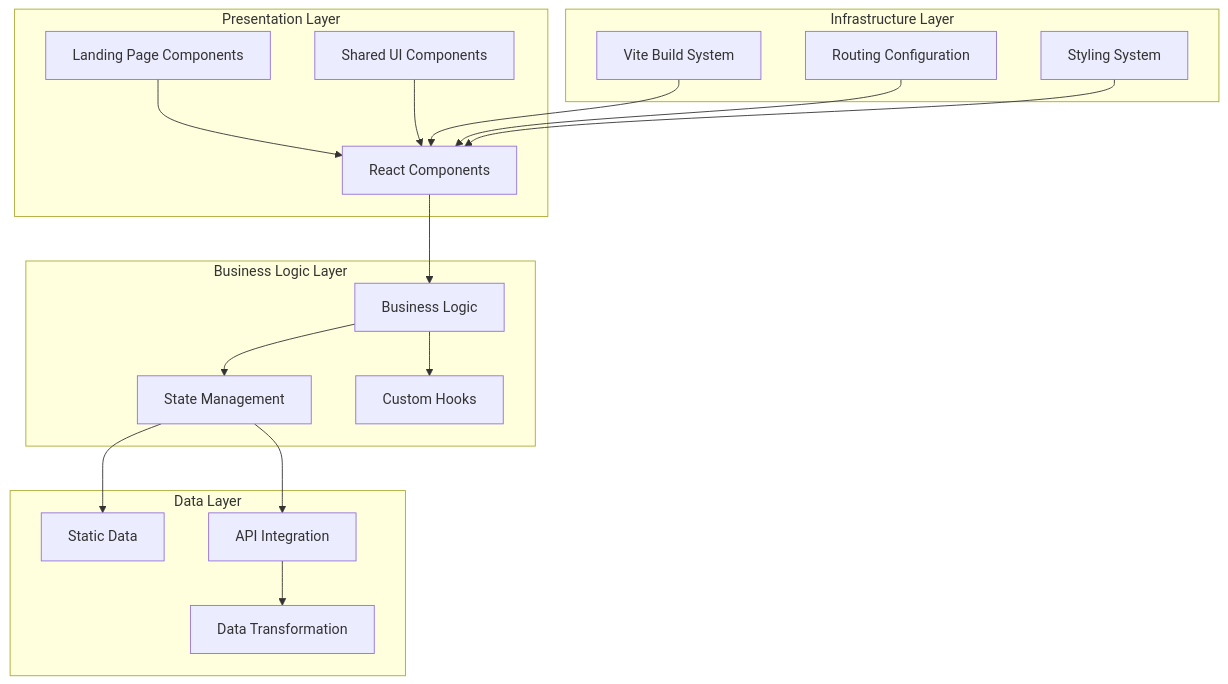
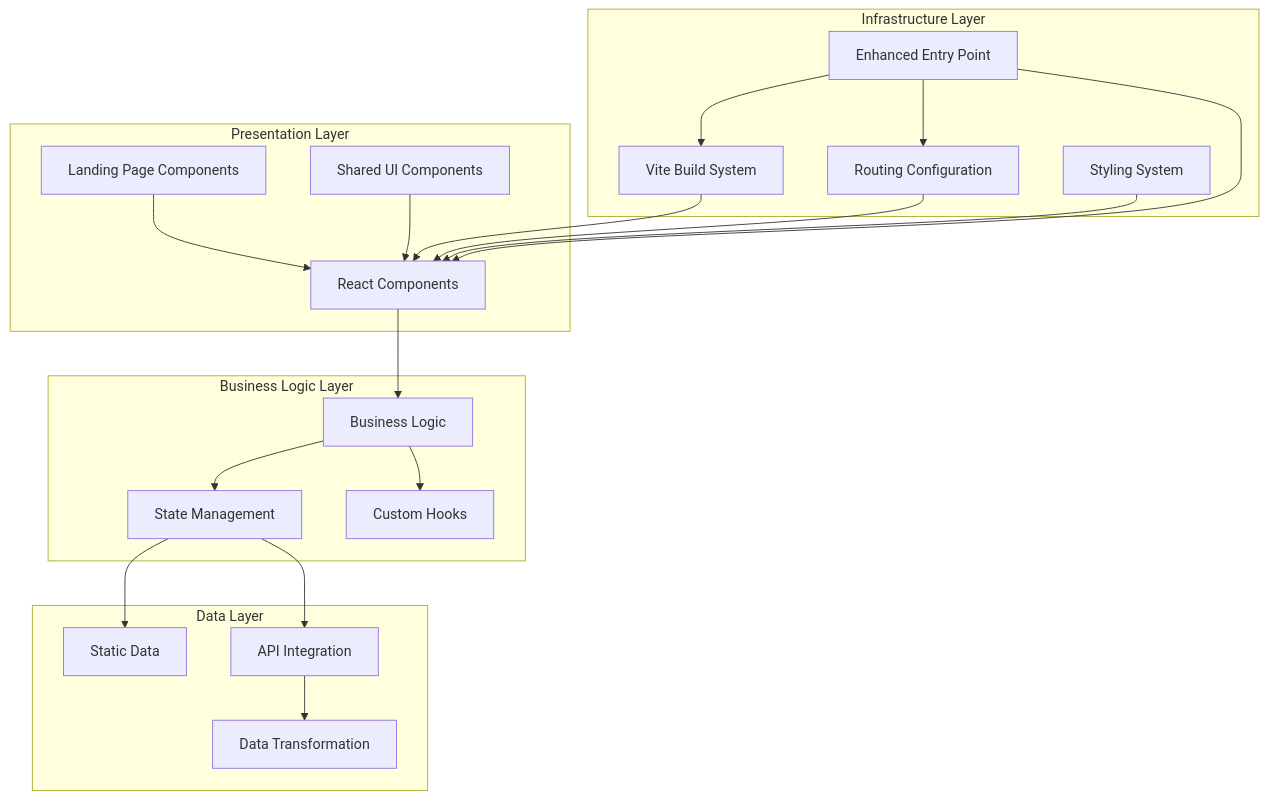
One commit to Theja4/podiummomentum changed the second of 7 diagrams in .qoder/repowiki/en/content/Architecture Overview/Core Architecture Patterns.md. Above: the diagram before and after it, drawn with Mermaid. The commit also changed other lines of this file and 48 other files, not shown here.

````diff
--- a/.qoder/repowiki/en/content/Architecture Overview/Core Architecture Patterns.md
+++ b/.qoder/repowiki/en/content/Architecture Overview/Core Architecture Patterns.md
@@ -120,34 +127,38 @@
 ```mermaid
 graph TD
 subgraph "Presentation Layer"
 UI_Components[React Components]
 Landing_Page[Landing Page Components]
 Shared_UI[Shared UI Components]
 end
 subgraph "Business Logic Layer"
 Business_Rules[Business Logic]
 State_Management[State Management]
 Hooks_Custom[Custom Hooks]
 end
 subgraph "Data Layer"
 Static_Data[Static Data]
 API_Calls[API Integration]
 Data_Transform[Data Transformation]
 end
 subgraph "Infrastructure Layer"
 Build_System[Vite Build System]
 Routing[Routing Configuration]
 Styling[Styling System]
+Entry_Point[Enhanced Entry Point]
 end
 UI_Components --> Business_Rules
 Landing_Page --> UI_Components
 Shared_UI --> UI_Components
 Business_Rules --> State_Management
 Business_Rules --> Hooks_Custom
 State_Management --> Static_Data
 State_Management --> API_Calls
 API_Calls --> Data_Transform
 Build_System --> UI_Components
 Routing --> UI_Components
 Styling --> UI_Components
+Entry_Point --> UI_Components
+Entry_Point --> Routing
+Entry_Point --> Build_System
 ```
````
